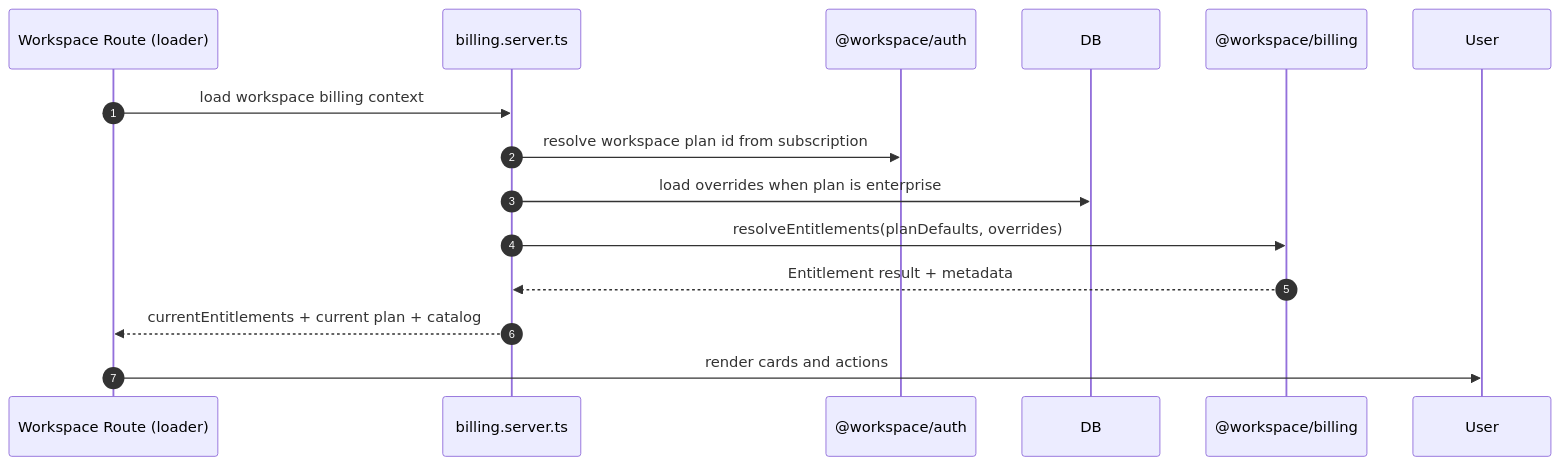
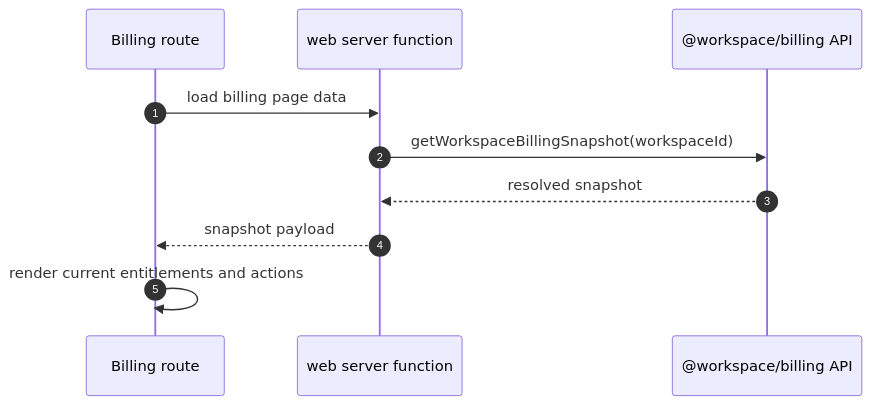
The second of 4 diagrams in docs/design/enterprise-billing-modular-architecture.md (5amfung/saas-starter-template), drawn with Mermaid before and after one commit. The commit also changed other lines of this file and 13 other files, not shown here.

First line of the commit message:
fix(billing): harden entitlement boundaries and enterprise CTA semantics

````diff
--- a/docs/design/enterprise-billing-modular-architecture.md
+++ b/docs/design/enterprise-billing-modular-architecture.md
@@ -180,17 +160,13 @@
 ```mermaid
 sequenceDiagram
   autonumber
-  participant WS as Workspace Route (loader)
-  participant B as billing.server.ts
-  participant A as @workspace/auth
-  participant D as DB
-  participant P as @workspace/billing
+  participant UI as Billing route
+  participant WEB as web server function
+  participant BILL as @workspace/billing API
 
-  WS->>B: load workspace billing context
-  B->>A: resolve workspace plan id from subscription
-  B->>D: load overrides when plan is enterprise
-  B->>P: resolveEntitlements(planDefaults, overrides)
-  P-->>B: Entitlement result + metadata
-  B-->>WS: currentEntitlements + current plan + catalog
-  WS->>User: render cards and actions
+  UI->>WEB: load billing page data
+  WEB->>BILL: getWorkspaceBillingSnapshot(workspaceId)
+  BILL-->>WEB: resolved snapshot
+  WEB-->>UI: snapshot payload
+  UI->>UI: render current entitlements and actions
 ```
````
